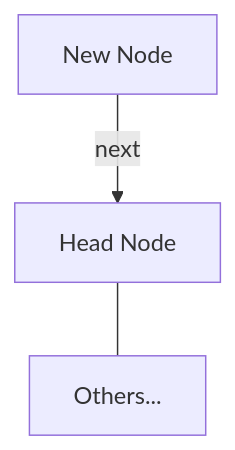
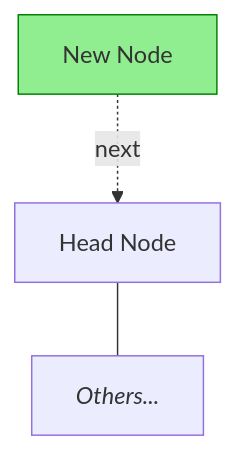
Before and after one commit to ghackenberg/course-python-programming: the diagram in Sessions/Session_08/Diagrams/Mermaid/insert_at_start.mmd, drawn with Mermaid. The commit also changed 41 other files, not shown here.

Commit message:
style(session-08): update diagrams and images for session 08

```diff
--- a/Sessions/Session_08/Diagrams/Mermaid/insert_at_start.mmd
+++ b/Sessions/Session_08/Diagrams/Mermaid/insert_at_start.mmd
@@ -1,3 +1,5 @@
 graph TB
-    N[New Node] -- next --> H[Head Node]
-    H --- O[Others...]
+    N[New Node] -. next .-> H[Head Node]
+    H --- O[<i>Others...</i>]
+
+    style N fill:lightgreen,stroke:green
```
